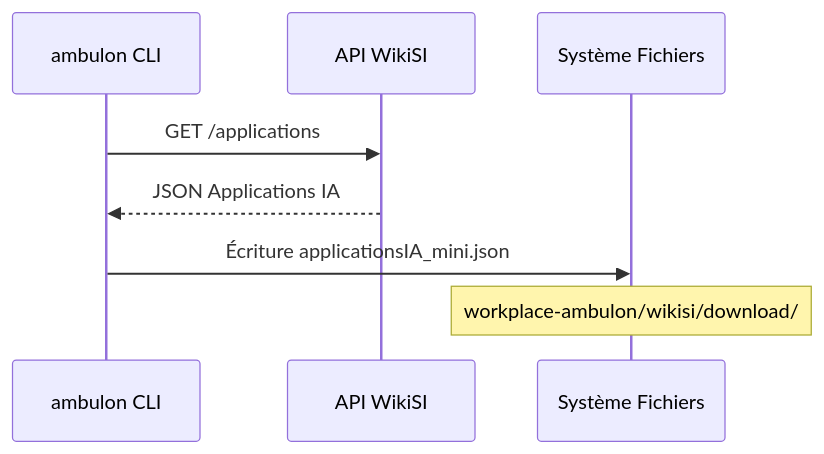
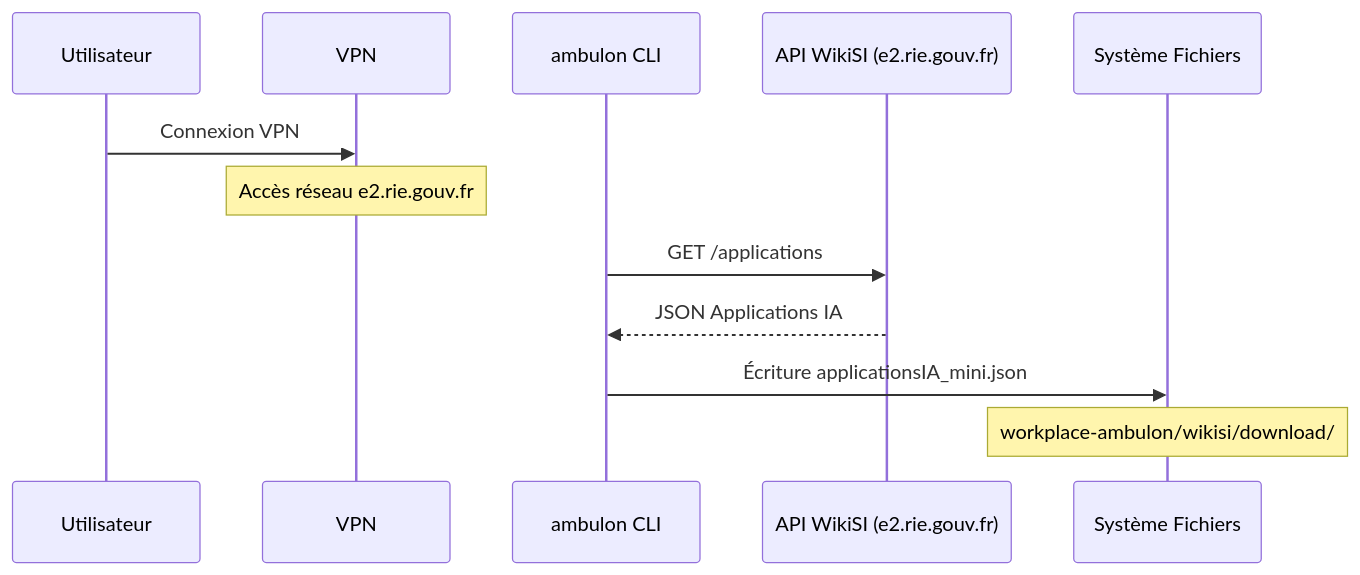
The second of 8 diagrams in doc/sireines.automation.md (warchosian/ambulon), drawn with Mermaid before and after one commit. The commit also changed other lines of this file, not shown here.

````diff
--- a/doc/sireines.automation.md
+++ b/doc/sireines.automation.md
@@ -55,11 +54,16 @@
 ```mermaid
 sequenceDiagram
+    participant User as Utilisateur
+    participant VPN as VPN
     participant CLI as ambulon CLI
-    participant API as API WikiSI
+    participant API as API WikiSI (e2.rie.gouv.fr)
     participant FS as Système Fichiers
+
+    User->>VPN: Connexion VPN
+    Note over VPN: Accès réseau e2.rie.gouv.fr
 
     CLI->>API: GET /applications
     API-->>CLI: JSON Applications IA
     CLI->>FS: Écriture applicationsIA_mini.json
     Note over FS: workplace-ambulon/wikisi/download/
 ```
````
